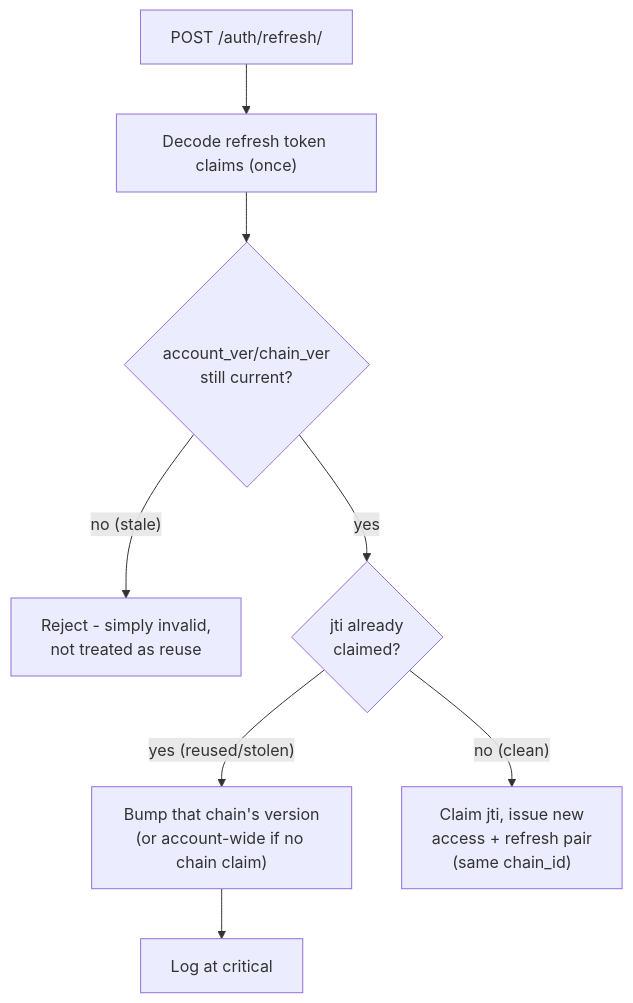
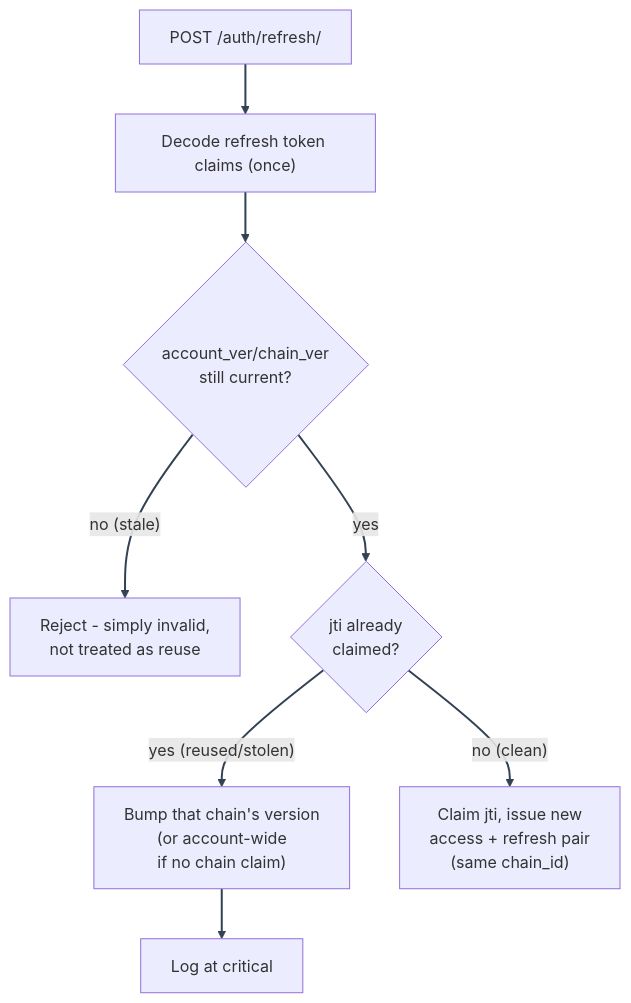
Before and after one commit to Nachiket-2024/balance_sheet_analysis: the diagram in docs/mystic_auth/authentication/overview.md, drawn with Mermaid. The commit also changed other lines of this file and 1793 other files, not shown here.

````diff
--- a/docs/mystic_auth/authentication/overview.md
+++ b/docs/mystic_auth/authentication/overview.md
@@ -61,10 +48,12 @@
 ```mermaid
+%%{init: {"themeVariables": {"lineColor": "#334155"}} }%%
 flowchart TD
     A["POST /auth/refresh/"] --> B["Decode refresh token claims (once)"]
-    B --> C{"account_ver/chain_ver<br/>still current?"}
-    C -- "no (stale)" --> S["Reject - simply invalid,<br/>not treated as reuse"]
-    C -- "yes" --> D{"jti already<br/>claimed?"}
-    D -- "yes (reused/stolen)" --> E["Bump that chain's version<br/>(or account-wide if no chain claim)"]
+    B --> C{"account_ver/chain_ver\n still current?"}
+    C -- "no (stale)" --> S["Reject - simply invalid,\n not treated as reuse"]
+    C -- "yes" --> D{"jti already\n claimed?"}
+    D -- "yes (reused/stolen)" --> E["Bump that chain's version\n (or account-wide\n if no chain claim)"]
     E --> F["Log at critical"]
-    D -- "no (clean)" --> G["Claim jti, issue new<br/>access + refresh pair<br/>(same chain_id)"]
+    D -- "no (clean)" --> G["Claim jti, issue new\n access + refresh pair\n (same chain_id)"]
+    linkStyle default stroke:#334155,stroke-width:2px
 ```
````
